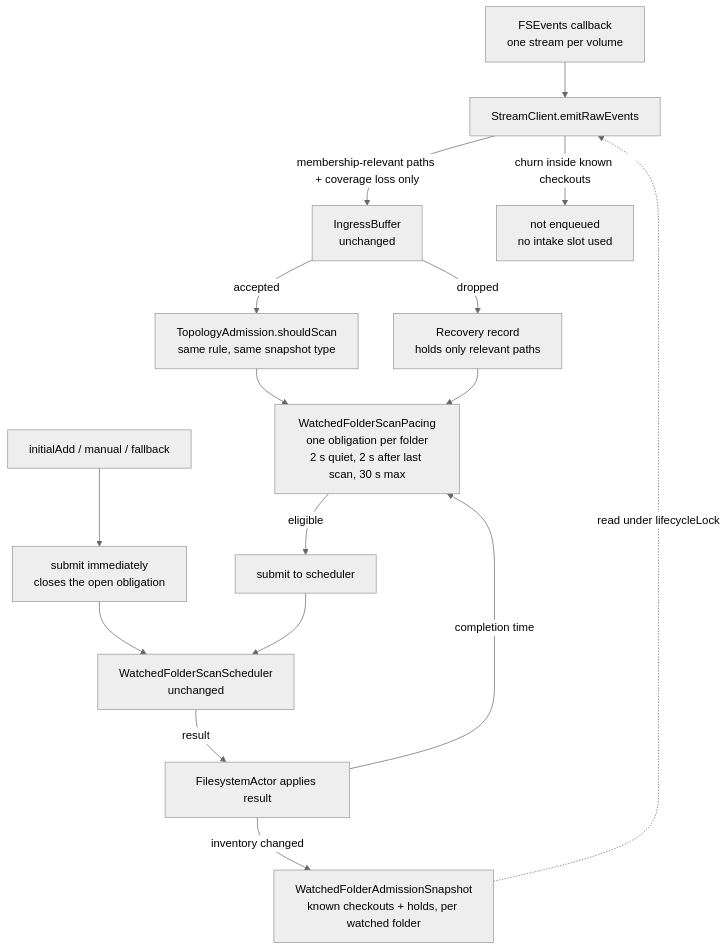
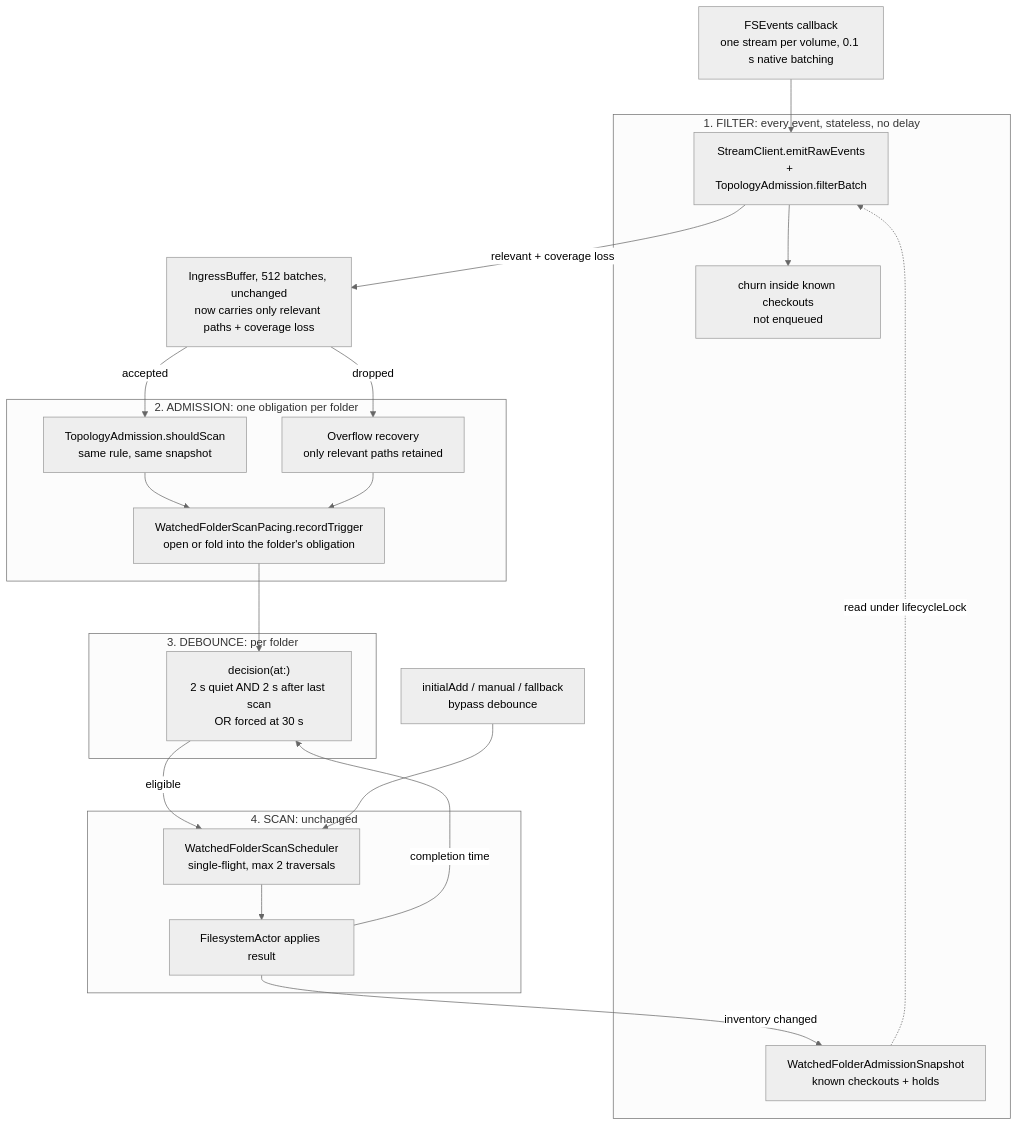
Before and after one commit to getagentstudio/agentstudio: the fifth of 7 diagrams in docs/specs/2026-11-04-fsevents-overload/2026-11-04-fsevents-overload-program-design.md, drawn with Mermaid (neutral theme). The commit also changed other lines of this file and 1 other file, not shown here.

Commit message:
docs(specs): group FSEvents design into filter/admission/debounce/scan blocks

````diff
--- a/docs/specs/2026-11-04-fsevents-overload/2026-11-04-fsevents-overload-program-design.md
+++ b/docs/specs/2026-11-04-fsevents-overload/2026-11-04-fsevents-overload-program-design.md
@@ -25,18 +79,37 @@
 ```mermaid
 flowchart TD
-  os["FSEvents callback<br/>one stream per volume"] --> classify["StreamClient.emitRawEvents"]
-  snap["WatchedFolderAdmissionSnapshot<br/>known checkouts + holds, per watched folder"] -.->|read under lifecycleLock| classify
-  classify -->|"membership-relevant paths + coverage loss only"| buf["IngressBuffer<br/>unchanged"]
-  classify -->|"churn inside known checkouts"| dropped["not enqueued<br/>no intake slot used"]
-  buf -->|accepted| should["TopologyAdmission.shouldScan<br/>same rule, same snapshot type"]
-  buf -->|dropped| rec["Recovery record<br/>holds only relevant paths"]
-  should --> pacer["WatchedFolderScanPacing<br/>one obligation per folder<br/>2 s quiet, 2 s after last scan, 30 s max"]
-  rec --> pacer
-  explicit["initialAdd / manual / fallback"] --> submitNow["submit immediately<br/>closes the open obligation"]
-  pacer -->|eligible| submit["submit to scheduler"]
-  submitNow --> sched
-  submit --> sched["WatchedFolderScanScheduler<br/>unchanged"]
-  sched -->|result| apply["FilesystemActor applies result"]
-  apply -->|completion time| pacer
+  os["FSEvents callback<br/>one stream per volume, 0.1 s native batching"]
+  subgraph filter["1. FILTER: every event, stateless, no delay"]
+    classify["StreamClient.emitRawEvents<br/>+ TopologyAdmission.filterBatch"]
+    snap["WatchedFolderAdmissionSnapshot<br/>known checkouts + holds"]
+    dropped["churn inside known checkouts<br/>not enqueued"]
+    snap -.->|read under lifecycleLock| classify
+    classify --> dropped
+  end
+  buf["IngressBuffer, 512 batches, unchanged<br/>now carries only relevant paths + coverage loss"]
+  subgraph admission["2. ADMISSION: one obligation per folder"]
+    should["TopologyAdmission.shouldScan<br/>same rule, same snapshot"]
+    rec["Overflow recovery<br/>only relevant paths retained"]
+    obligation["WatchedFolderScanPacing.recordTrigger<br/>open or fold into the folder's obligation"]
+    should --> obligation
+    rec --> obligation
+  end
+  subgraph debounce["3. DEBOUNCE: per folder"]
+    decide["decision(at:)<br/>2 s quiet AND 2 s after last scan<br/>OR forced at 30 s"]
+  end
+  subgraph scan["4. SCAN: unchanged"]
+    sched["WatchedFolderScanScheduler<br/>single-flight, max 2 traversals"]
+    apply["FilesystemActor applies result"]
+    sched --> apply
+  end
+  explicit["initialAdd / manual / fallback<br/>bypass debounce"]
+  os --> classify
+  classify -->|"relevant + coverage loss"| buf
+  buf -->|accepted| should
+  buf -->|dropped| rec
+  obligation --> decide
+  decide -->|eligible| sched
+  explicit --> sched
+  apply -->|completion time| decide
   apply -->|inventory changed| snap
 ```
````
